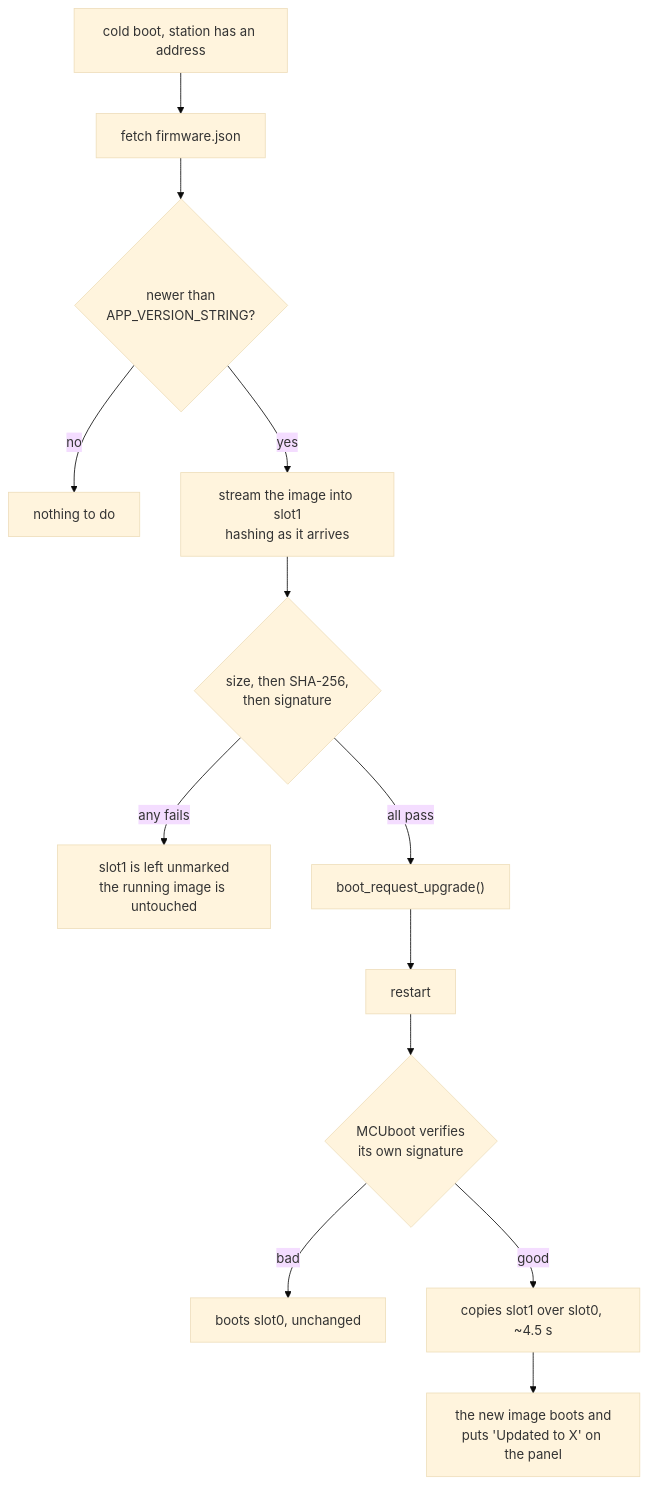
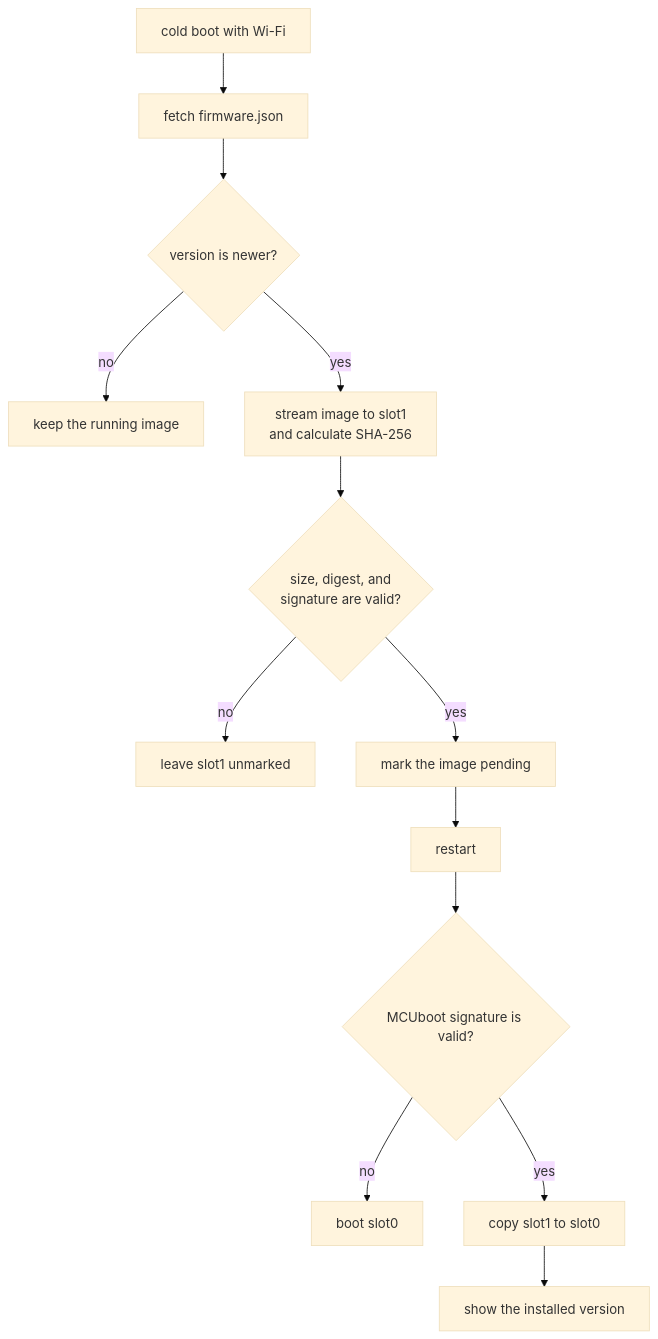
Before and after one commit to giacomomellone/cicala: the diagram in docs/firmware_update.md, drawn with Mermaid (base theme). The commit also changed other lines of this file and 259 other files, not shown here.

````diff
--- a/docs/firmware_update.md
+++ b/docs/firmware_update.md
@@ -28,15 +27,15 @@
 ```mermaid
 flowchart TD
-    A["cold boot, station has an address"] --> B["fetch firmware.json"]
-    B --> C{"newer than<br/>APP_VERSION_STRING?"}
-    C -->|no| Z["nothing to do"]
-    C -->|yes| D["stream the image into slot1<br/>hashing as it arrives"]
-    D --> E{"size, then SHA-256,<br/>then signature"}
-    E -->|any fails| F["slot1 is left unmarked<br/>the running image is untouched"]
-    E -->|all pass| G["boot_request_upgrade()"]
+    A["cold boot with Wi-Fi"] --> B["fetch firmware.json"]
+    B --> C{"version is newer?"}
+    C -->|no| Z["keep the running image"]
+    C -->|yes| D["stream image to slot1<br/>and calculate SHA-256"]
+    D --> E{"size, digest, and<br/>signature are valid?"}
+    E -->|no| F["leave slot1 unmarked"]
+    E -->|yes| G["mark the image pending"]
     G --> H["restart"]
-    H --> I{"MCUboot verifies<br/>its own signature"}
-    I -->|bad| J["boots slot0, unchanged"]
-    I -->|good| K["copies slot1 over slot0, ~4.5 s"]
-    K --> L["the new image boots and<br/>puts 'Updated to X' on the panel"]
+    H --> I{"MCUboot signature is valid?"}
+    I -->|no| J["boot slot0"]
+    I -->|yes| K["copy slot1 to slot0"]
+    K --> L["show the installed version"]
 ```
````
